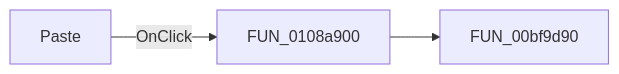
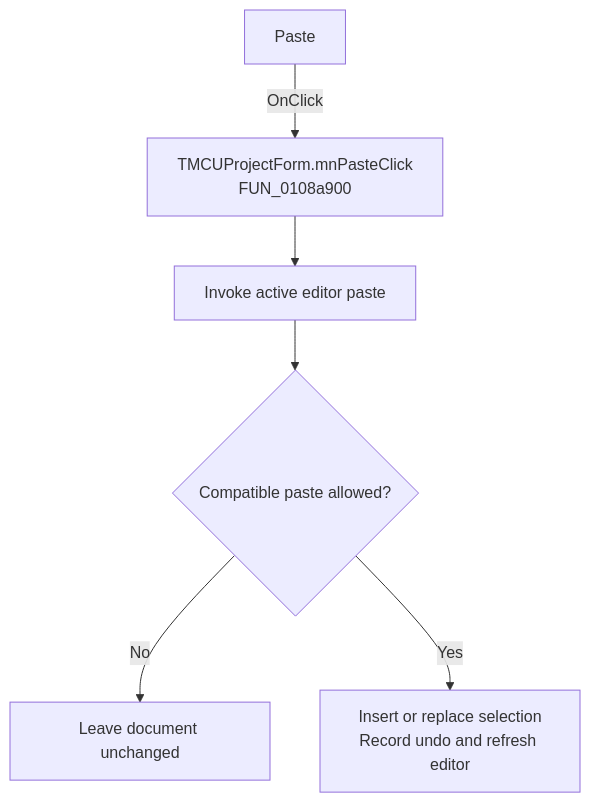
The diagram in docs/ui-controls/mcuprojectform/mnpaste-89e5af82c6.md (MovGP0/TIARA), drawn with Mermaid before and after one commit. The commit also changed other lines of this file and 1062 other files, not shown here.

````diff
--- a/docs/ui-controls/mcuprojectform/mnpaste-89e5af82c6.md
+++ b/docs/ui-controls/mcuprojectform/mnpaste-89e5af82c6.md
@@ -27,5 +27,8 @@
 ```mermaid
-flowchart LR
-    control["Paste"] -->|OnClick| handler["FUN_0108a900"]
-    handler --> call1["FUN_00bf9d90"]
+flowchart TD
+    control["Paste"] -->|OnClick| handler["TMCUProjectForm.mnPasteClick<br/>FUN_0108a900"]
+    handler --> editor["Invoke active editor paste"]
+    editor --> allowed{"Compatible paste allowed?"}
+    allowed -->|No| noOp["Leave document unchanged"]
+    allowed -->|Yes| paste["Insert or replace selection<br/>Record undo and refresh editor"]
 ```
````
